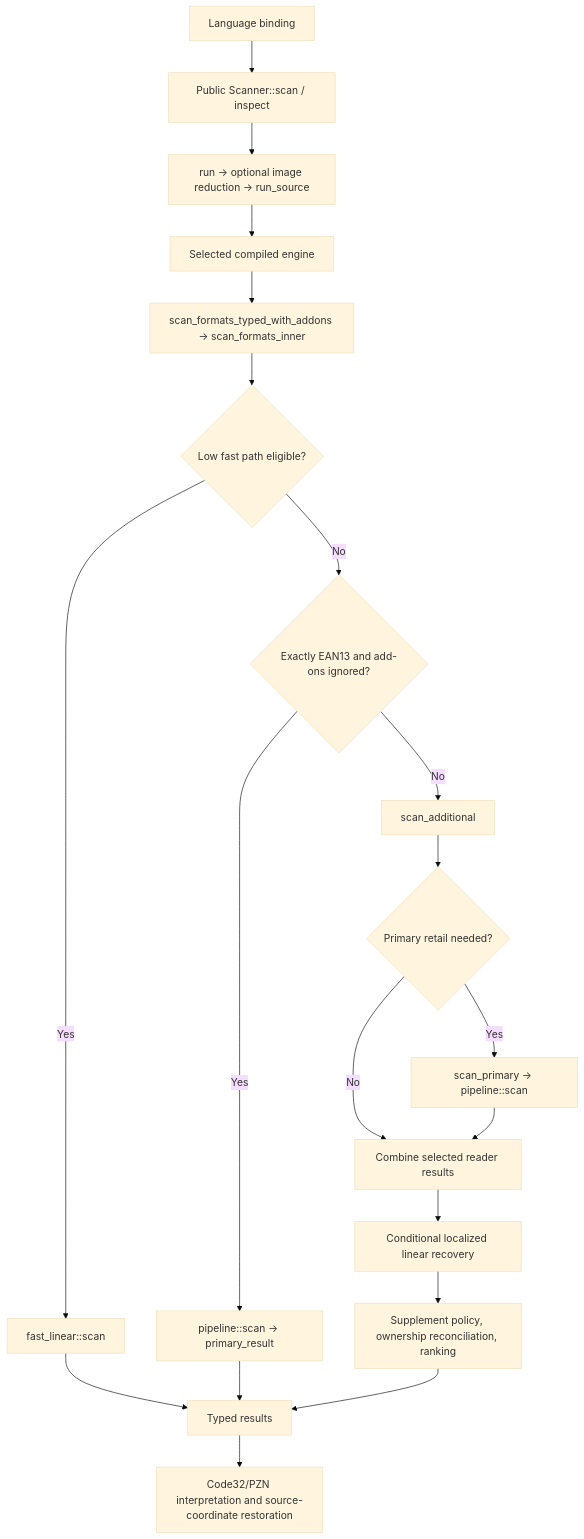
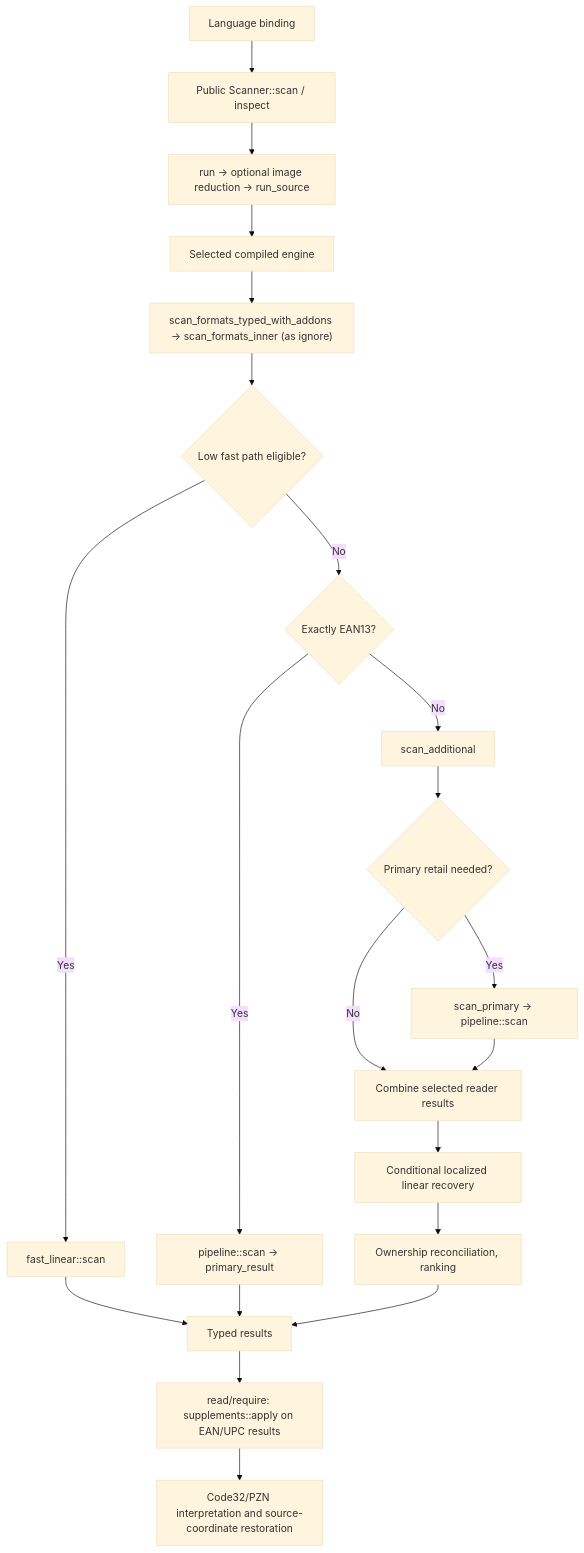
The diagram in docs/LIBRARY_MAP.md (kleinicke/tapirscan), drawn with Mermaid (base theme) before and after one commit. The commit also changed other lines of this file and 13 other files, not shown here.

First line of the commit message:
Scan with supplement policies exactly as without them

````diff
--- a/docs/LIBRARY_MAP.md
+++ b/docs/LIBRARY_MAP.md
@@ -25,22 +25,23 @@
 ```mermaid
 flowchart TD
     A["Language binding"] --> B["Public Scanner::scan / inspect"]
     B --> C["run → optional image reduction → run_source"]
     C --> D["Selected compiled engine"]
-    D --> E["scan_formats_typed_with_addons → scan_formats_inner"]
+    D --> E["scan_formats_typed_with_addons → scan_formats_inner (as ignore)"]
     E --> F{"Low fast path eligible?"}
     F -->|Yes| G["fast_linear::scan"]
-    F -->|No| H{"Exactly EAN13 and add-ons ignored?"}
+    F -->|No| H{"Exactly EAN13?"}
     H -->|Yes| I["pipeline::scan → primary_result"]
     H -->|No| J["scan_additional"]
     J --> K{"Primary retail needed?"}
     K -->|Yes| R["scan_primary → pipeline::scan"]
     K -->|No| L["Combine selected reader results"]
     R --> L
     L --> M["Conditional localized linear recovery"]
-    M --> N["Supplement policy, ownership reconciliation, ranking"]
+    M --> N["Ownership reconciliation, ranking"]
     G --> O["Typed results"]
     I --> O
     N --> O
-    O --> P["Code32/PZN interpretation and source-coordinate restoration"]
+    O --> S["read/require: supplements::apply on EAN/UPC results"]
+    S --> P["Code32/PZN interpretation and source-coordinate restoration"]
 ```
````
